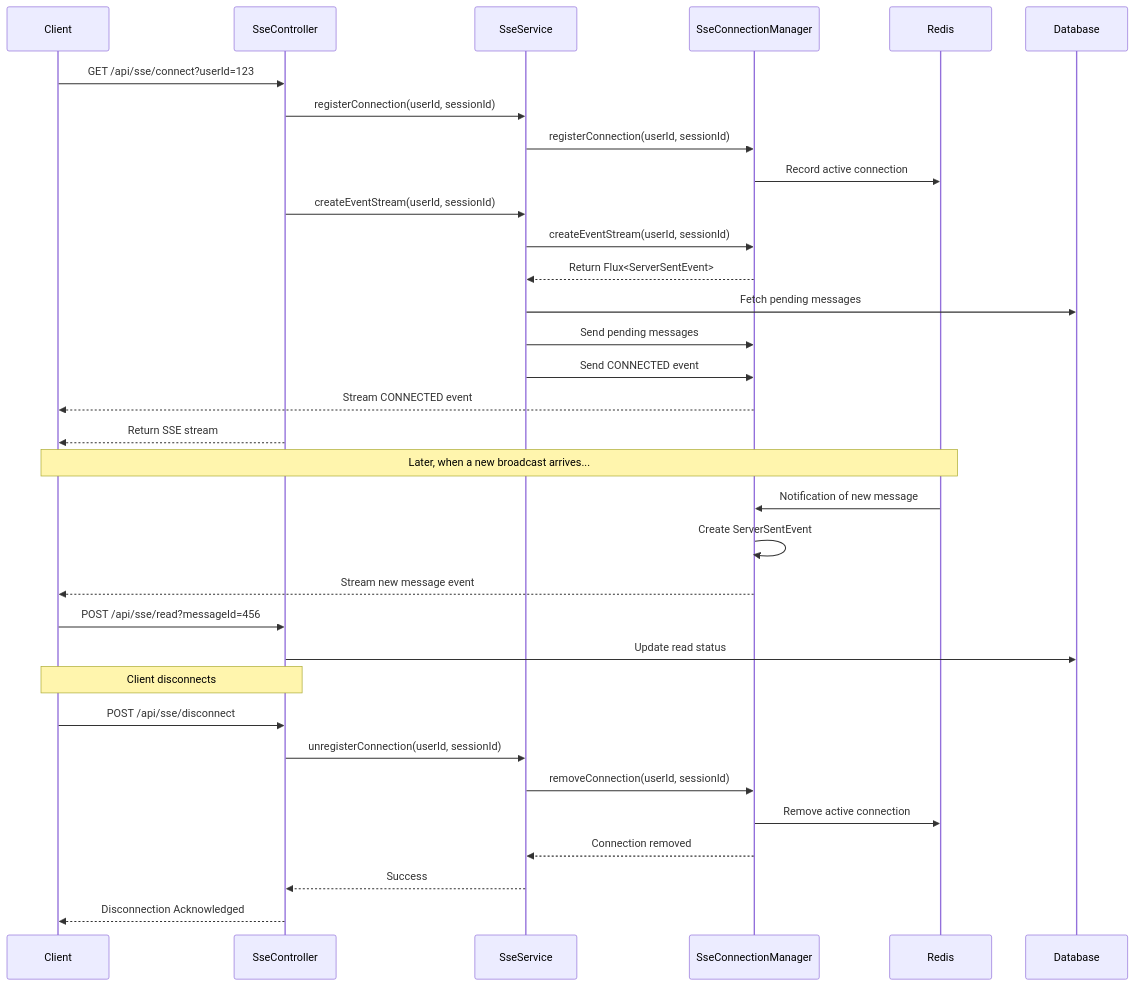
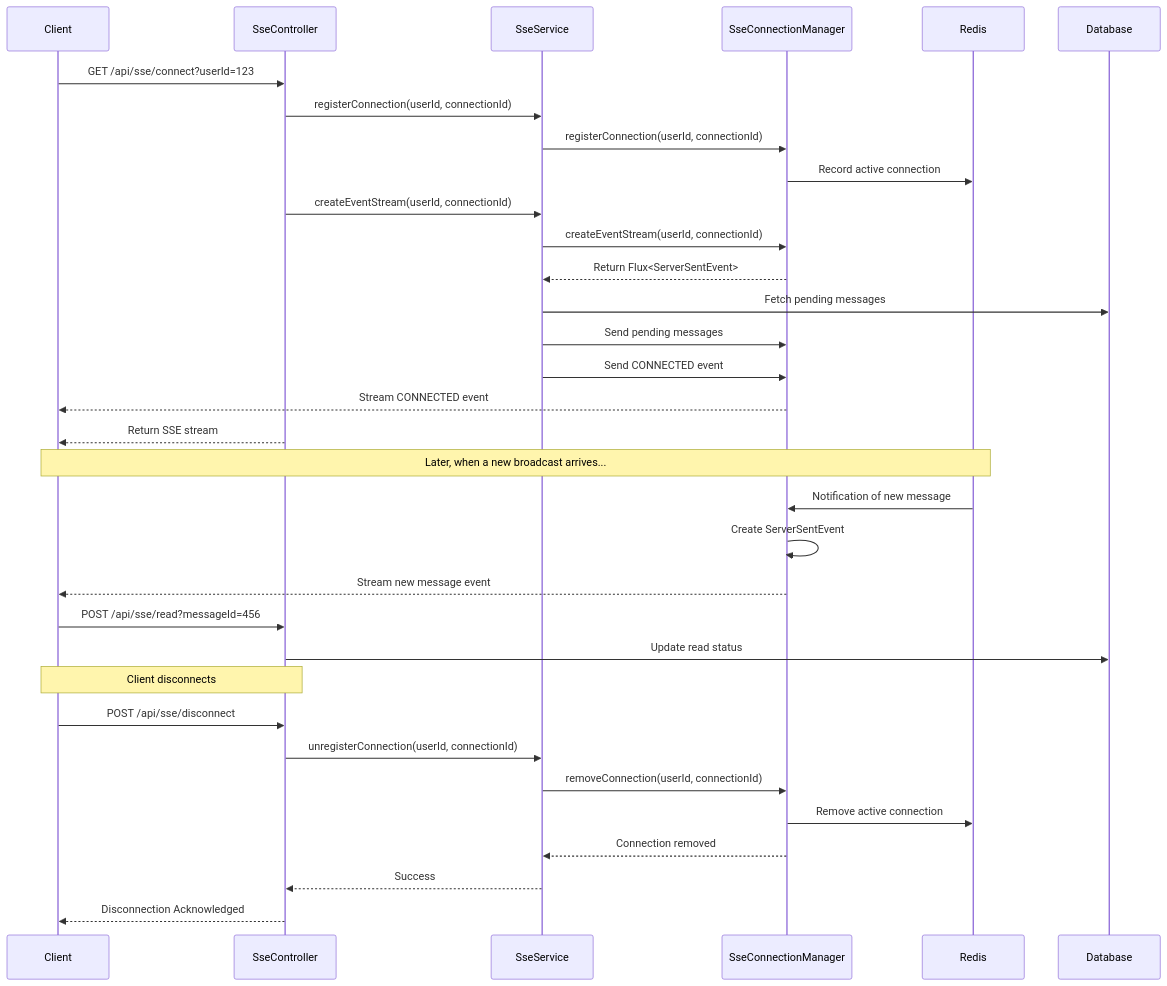
The diagram in broadcast-microservice/docs/02_server_sent_events.md (rsrini7/Notification-SSE-GLM-Flux), drawn with Mermaid before and after one commit. The commit also changed other lines of this file and 41 other files, not shown here.

First line of the commit message:
refactor(connection): rename session to connection across the codebase

````diff
--- a/broadcast-microservice/docs/02_server_sent_events.md
+++ b/broadcast-microservice/docs/02_server_sent_events.md
@@ -88,41 +88,41 @@
 ```mermaid
 sequenceDiagram
     participant Client
     participant SseController
     participant SseService
     participant SseConnectionManager
     participant Redis
     participant Database
 
     Client->>SseController: GET /api/sse/connect?userId=123
-    SseController->>SseService: registerConnection(userId, sessionId)
-    SseService->>SseConnectionManager: registerConnection(userId, sessionId)
+    SseController->>SseService: registerConnection(userId, connectionId)
+    SseService->>SseConnectionManager: registerConnection(userId, connectionId)
     SseConnectionManager->>Redis: Record active connection
-    SseController->>SseService: createEventStream(userId, sessionId)
-    SseService->>SseConnectionManager: createEventStream(userId, sessionId)
+    SseController->>SseService: createEventStream(userId, connectionId)
+    SseService->>SseConnectionManager: createEventStream(userId, connectionId)
     SseConnectionManager-->>SseService: Return Flux<ServerSentEvent>
     SseService->>Database: Fetch pending messages
     SseService->>SseConnectionManager: Send pending messages
     SseService->>SseConnectionManager: Send CONNECTED event
     SseConnectionManager-->>Client: Stream CONNECTED event
     SseController-->>Client: Return SSE stream
     
     Note over Client,Redis: Later, when a new broadcast arrives...
     
     Redis->>SseConnectionManager: Notification of new message
     SseConnectionManager->>SseConnectionManager: Create ServerSentEvent
     SseConnectionManager-->>Client: Stream new message event
 
     Client->>SseController: POST /api/sse/read?messageId=456
     SseController->>Database: Update read status
 
     Note over Client,SseController: Client disconnects
 
     Client->>SseController: POST /api/sse/disconnect
-    SseController->>SseService: unregisterConnection(userId, sessionId)
-    SseService->>SseConnectionManager: removeConnection(userId, sessionId)
+    SseController->>SseService: unregisterConnection(userId, connectionId)
+    SseService->>SseConnectionManager: removeConnection(userId, connectionId)
     SseConnectionManager->>Redis: Remove active connection
     SseConnectionManager-->>SseService: Connection removed
     SseService-->>SseController: Success
     SseController-->>Client: Disconnection Acknowledged
 ```
````
